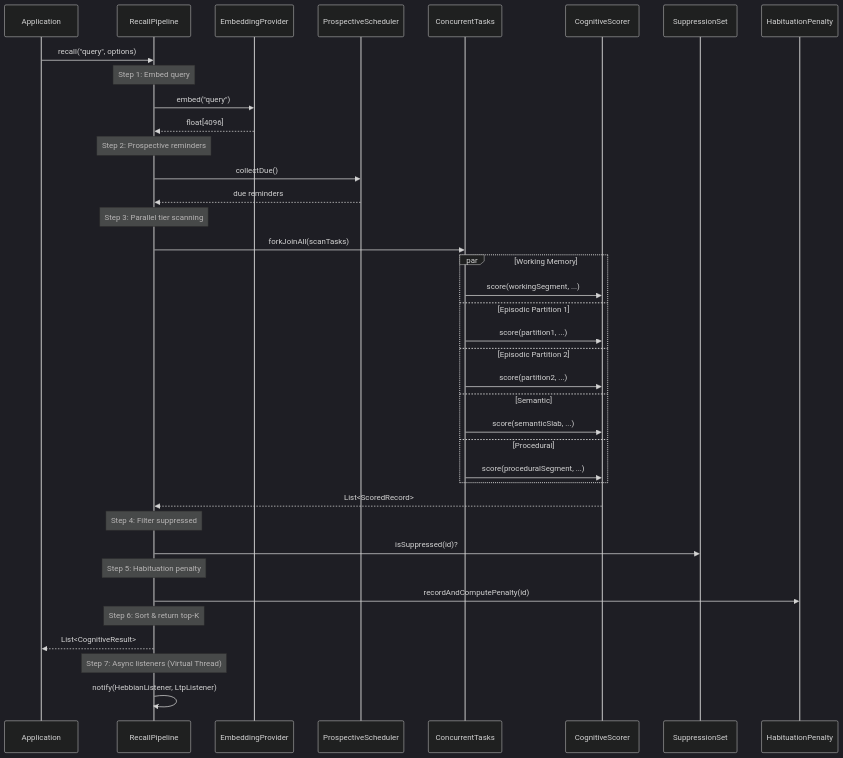
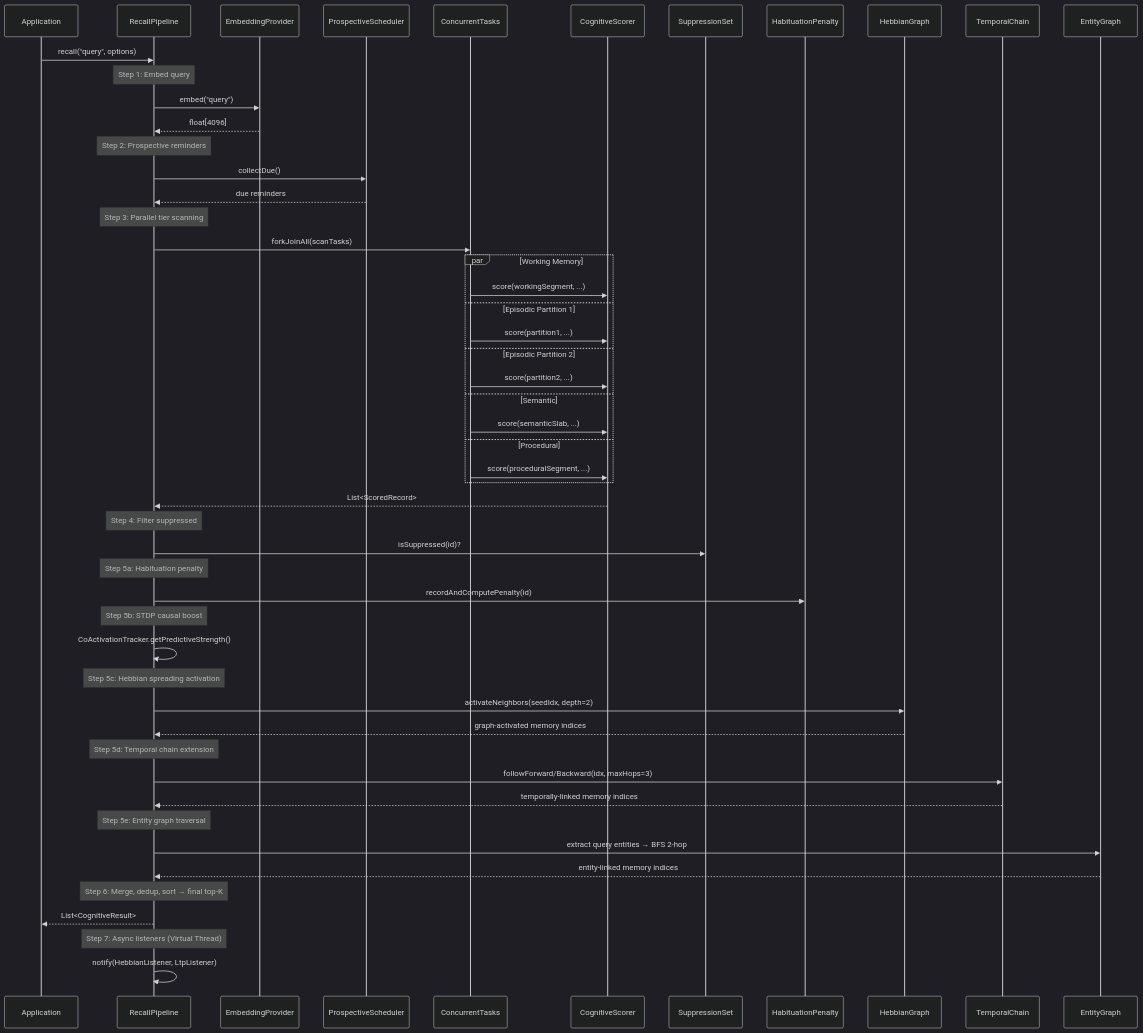
One commit to spectrayan/spector changed the second of 3 diagrams in docs/docs/memory/architecture.md. Above: the diagram before and after it, drawn with Mermaid (dark theme). The commit also changed other lines of this file and 4 other files, not shown here.

First line of the commit message:
docs: update memory documentation for 3-Layer Cognitive Graph

````diff
--- a/docs/docs/memory/architecture.md
+++ b/docs/docs/memory/architecture.md
@@ -92,50 +107,68 @@
 ```mermaid
 sequenceDiagram
     participant App as Application
     participant RP as RecallPipeline
     participant EP as EmbeddingProvider
     participant PS as ProspectiveScheduler
     participant CT as ConcurrentTasks
     participant CS as CognitiveScorer
     participant SS as SuppressionSet
     participant HP as HabituationPenalty
+    participant HG as HebbianGraph
+    participant TC as TemporalChain
+    participant EG as EntityGraph
 
     App->>RP: recall("query", options)
     
     Note over RP: Step 1: Embed query
     RP->>EP: embed("query")
     EP-->>RP: float[4096]
     
     Note over RP: Step 2: Prospective reminders
     RP->>PS: collectDue()
     PS-->>RP: due reminders
     
     Note over RP: Step 3: Parallel tier scanning
     RP->>CT: forkJoinAll(scanTasks)
     
     par Working Memory
         CT->>CS: score(workingSegment, ...)
     and Episodic Partition 1
         CT->>CS: score(partition1, ...)
     and Episodic Partition 2
         CT->>CS: score(partition2, ...)
     and Semantic
         CT->>CS: score(semanticSlab, ...)
     and Procedural
         CT->>CS: score(proceduralSegment, ...)
     end
     
     CS-->>RP: List<ScoredRecord>
     
     Note over RP: Step 4: Filter suppressed
     RP->>SS: isSuppressed(id)?
     
-    Note over RP: Step 5: Habituation penalty
+    Note over RP: Step 5a: Habituation penalty
     RP->>HP: recordAndComputePenalty(id)
     
-    Note over RP: Step 6: Sort & return top-K
+    Note over RP: Step 5b: STDP causal boost
+    RP->>RP: CoActivationTracker.getPredictiveStrength()
+    
+    Note over RP: Step 5c: Hebbian spreading activation
+    RP->>HG: activateNeighbors(seedIdx, depth=2)
+    HG-->>RP: graph-activated memory indices
+    
+    Note over RP: Step 5d: Temporal chain extension
+    RP->>TC: followForward/Backward(idx, maxHops=3)
+    TC-->>RP: temporally-linked memory indices
+    
+    Note over RP: Step 5e: Entity graph traversal
+    RP->>EG: extract query entities → BFS 2-hop
+    EG-->>RP: entity-linked memory indices
+    
+    Note over RP: Step 6: Merge, dedup, sort → final top-K
     RP-->>App: List<CognitiveResult>
     
     Note over RP: Step 7: Async listeners (Virtual Thread)
     RP->>RP: notify(HebbianListener, LtpListener)
 ```
````
